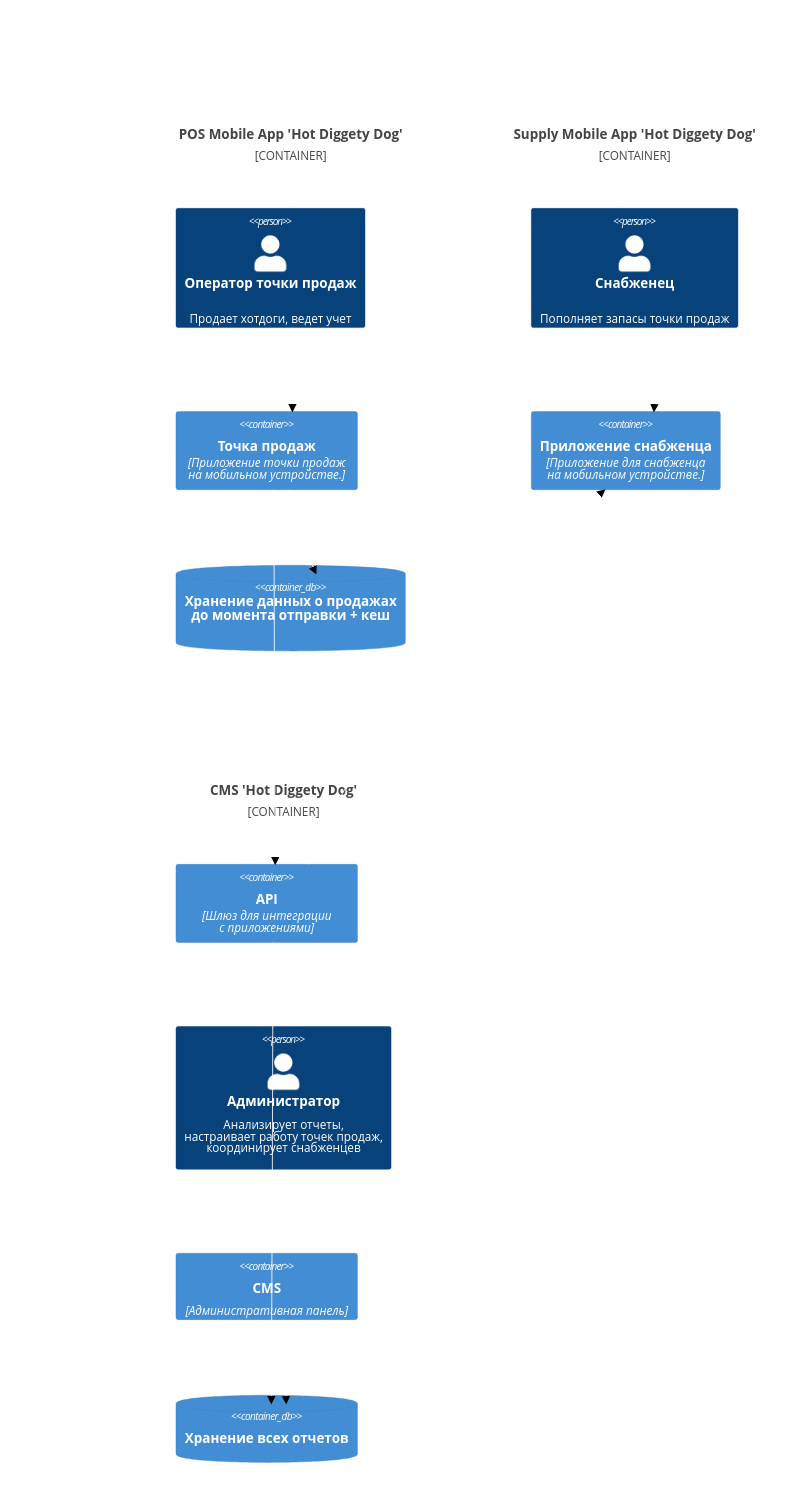
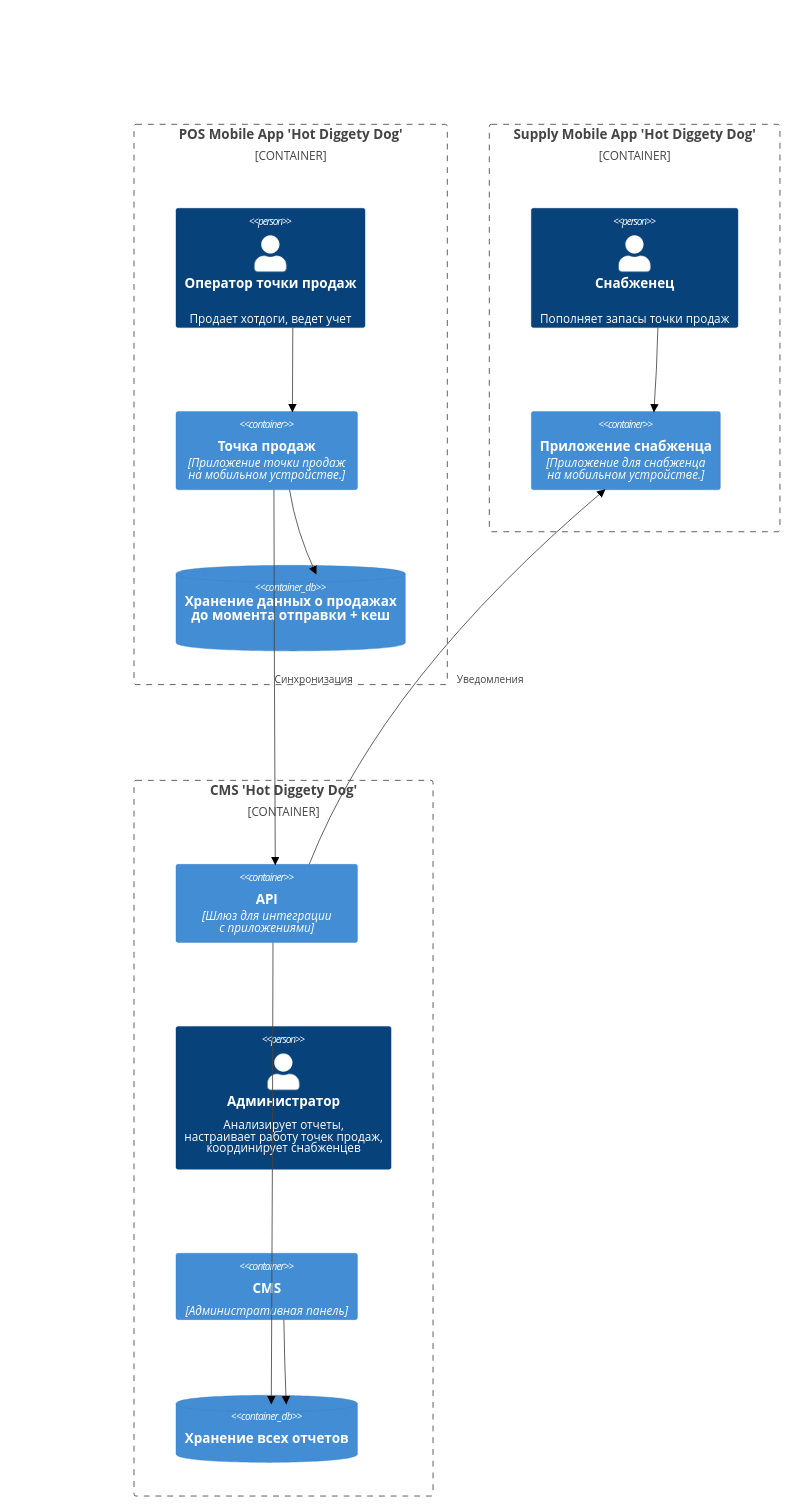
The first of 3 diagrams in homeworks/october/1/homework.md (ContinentalGuy/otus-arch), drawn with Mermaid (neutral theme) before and after one commit.

Commit message:
[4]: upd styles

````diff
--- a/homeworks/october/1/homework.md
+++ b/homeworks/october/1/homework.md
@@ -43,42 +43,30 @@
 ```mermaid
 C4Context
     Container_Boundary(pos_app_b, "POS Mobile App 'Hot Diggety Dog'") {
         Person(seller, "Оператор точки продаж", "Продает хотдоги, ведет учет")
         Container(pos_app, "Точка продаж", "Приложение точки продаж <br> на мобильном устройстве.")
         ContainerDb(pos_db, "Хранение данных о продажах <br> до момента отправки + кеш")
     }
 
     Rel(seller, pos_app, "")
     Rel(pos_app, pos_db, "")
 
     Container_Boundary(supply_app_b, "Supply Mobile App 'Hot Diggety Dog'") {
         Person(supplyer, "Снабженец", "Пополняет запасы точки продаж")
         Container(supplyer_app, "Приложение снабженца", "Приложение для снабженца <br> на мобильном устройстве.")
     }
 
     Rel(supplyer, supplyer_app, "")
 
     Container_Boundary(cms_b, "CMS 'Hot Diggety Dog'") {
         Container(admin_api, "API", "Шлюз для интеграции <br> с приложениями")
         Person(admin, "Администратор", "Анализирует отчеты, <br> настраивает работу точек продаж, <br> координирует снабженцев")
         Container(admin_pannel, "CMS", "Административная панель")
         ContainerDb(admin_db, "Хранение всех отчетов")
     }
 
     Rel(admin_api, admin_db, "")
     Rel(admin_pannel, admin_db, "")
     Rel(pos_app, admin_api, "Синхронизация")
     Rel(admin_api, supplyer_app, "Уведомления")
-
-    UpdateElementStyle(pos_app_b, $borderColor="white", $fontColor="white")
-    UpdateElementStyle(supply_app_b, $borderColor="white", $fontColor="white")
-    UpdateElementStyle(cms_b, $borderColor="white", $fontColor="white")
-
-    UpdateRelStyle(seller, pos_app, $textColor="white", $lineColor="white")
-    UpdateRelStyle(pos_app, pos_db, $textColor="white", $lineColor="white")
-    UpdateRelStyle(supplyer, supplyer_app, $textColor="white", $lineColor="white")
-    UpdateRelStyle(admin_api, admin_db, $textColor="white", $lineColor="white")
-    UpdateRelStyle(admin_pannel, admin_db, $textColor="white", $lineColor="white")
-    UpdateRelStyle(pos_app, admin_api, $textColor="white", $lineColor="white")
-    UpdateRelStyle(admin_api, supplyer_app, $textColor="white", $lineColor="white")
 ```
````
